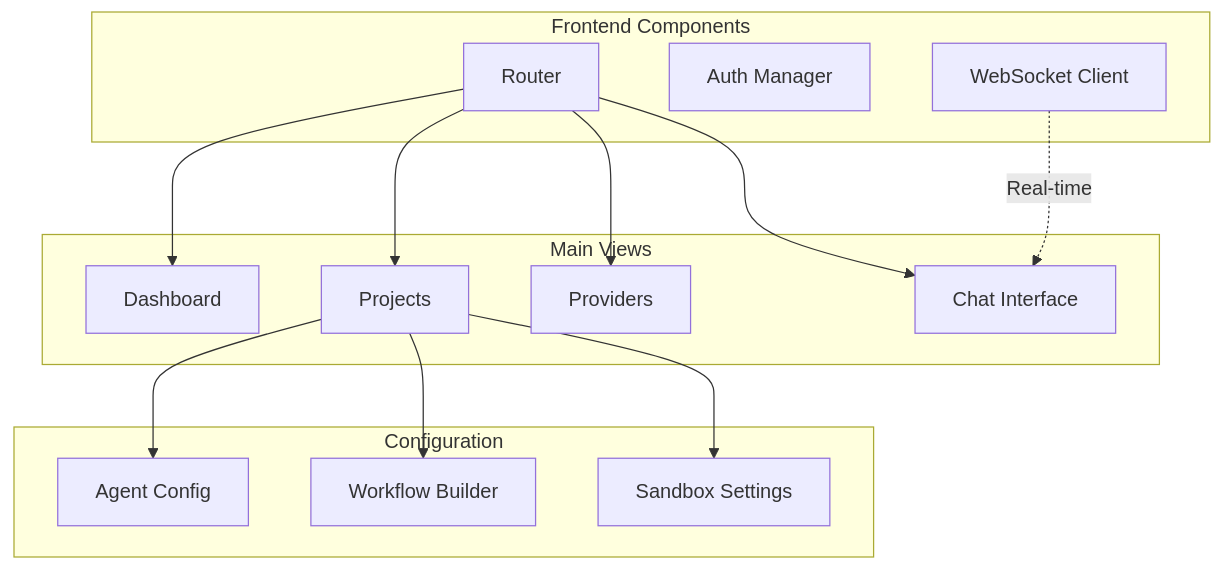
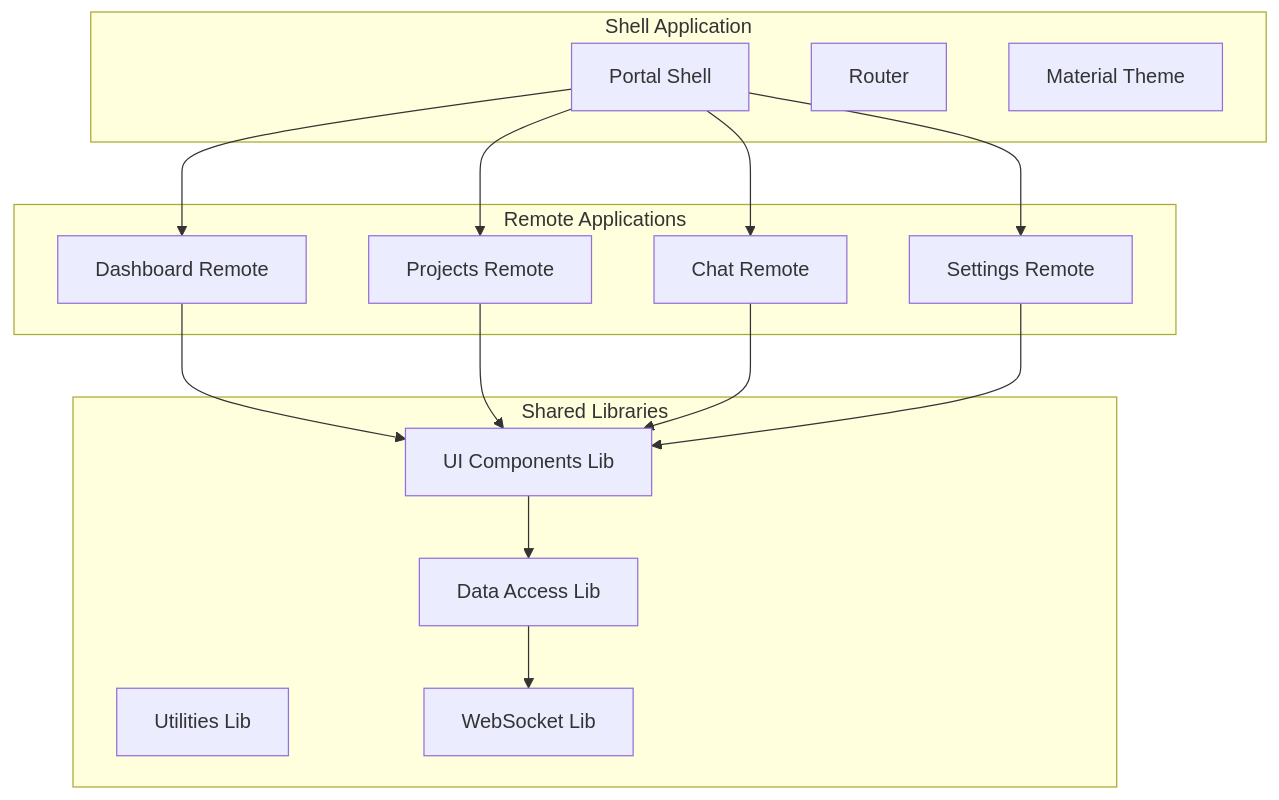
One commit to cykonova/CodeAgent changed the diagram in docs/06-web-portal.md. Above: the diagram before and after it, drawn with Mermaid. The commit also changed other lines of this file and 2 other files, not shown here.

First line of the commit message:
feat: Define web portal architecture with Nx and Angular Material

````diff
--- a/docs/06-web-portal.md
+++ b/docs/06-web-portal.md
@@ -7,32 +7,35 @@
 ```mermaid
 graph TB
-    subgraph "Frontend Components"
+    subgraph "Shell Application"
+        SHELL[Portal Shell]
         ROUTER[Router]
-        AUTH[Auth Manager]
-        WS[WebSocket Client]
+        THEME[Material Theme]
     end
     
-    subgraph "Main Views"
-        DASH[Dashboard]
-        PROJ[Projects]
-        PROV[Providers]
-        CHAT[Chat Interface]
+    subgraph "Remote Applications"
+        DASH[Dashboard Remote]
+        PROJ[Projects Remote]
+        CHAT[Chat Remote]
+        SETTINGS[Settings Remote]
     end
     
-    subgraph "Configuration"
-        AGENT[Agent Config]
-        WF[Workflow Builder]
-        SAND[Sandbox Settings]
+    subgraph "Shared Libraries"
+        UI[UI Components Lib]
+        DATA[Data Access Lib]
+        UTIL[Utilities Lib]
+        WS[WebSocket Lib]
     end
     
-    ROUTER --> DASH
-    ROUTER --> PROJ
-    ROUTER --> PROV
-    ROUTER --> CHAT
+    SHELL --> DASH
+    SHELL --> PROJ
+    SHELL --> CHAT
+    SHELL --> SETTINGS
     
-    PROJ --> AGENT
-    PROJ --> WF
-    PROJ --> SAND
+    DASH --> UI
+    PROJ --> UI
+    CHAT --> UI
+    SETTINGS --> UI
     
-    WS -.->|Real-time| CHAT
+    UI --> DATA
+    DATA --> WS
 ```
````
